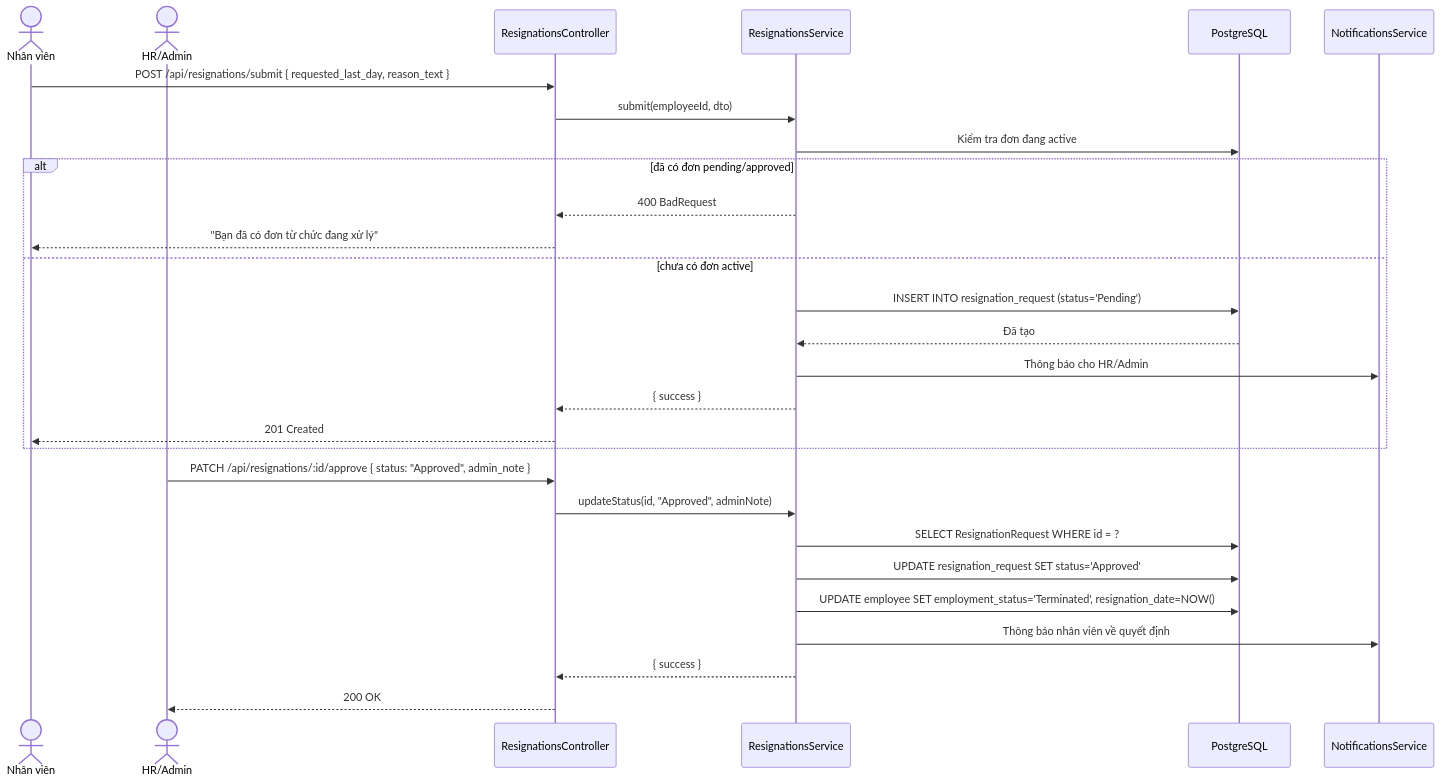
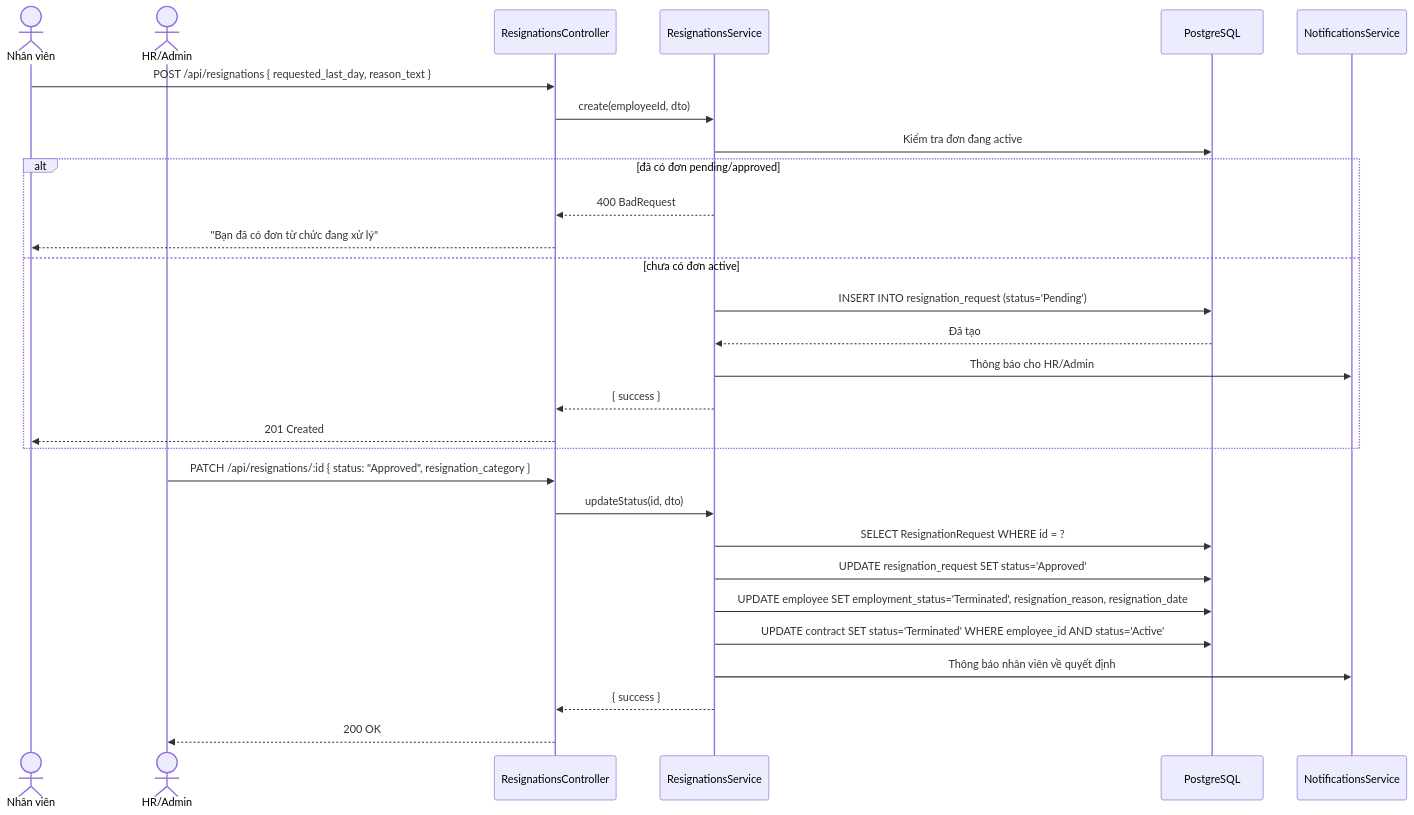
The seventh of 16 diagrams in docs/sequence-diagrams.md (Luo-Zhii/HRM-Gene), drawn with Mermaid before and after one commit. The commit also changed other lines of this file and 2 other files, not shown here.

````diff
--- a/docs/sequence-diagrams.md
+++ b/docs/sequence-diagrams.md
@@ -341,32 +341,33 @@
 ```mermaid
 sequenceDiagram
     actor E as Nhân viên
     actor H as HR/Admin
     participant RC as ResignationsController
     participant RS as ResignationsService
     participant DB as PostgreSQL
     participant NS as NotificationsService
 
-    E->>RC: POST /api/resignations/submit { requested_last_day, reason_text }
-    RC->>RS: submit(employeeId, dto)
+    E->>RC: POST /api/resignations { requested_last_day, reason_text }
+    RC->>RS: create(employeeId, dto)
     RS->>DB: Kiểm tra đơn đang active
     alt đã có đơn pending/approved
         RS-->>RC: 400 BadRequest
         RC-->>E: "Bạn đã có đơn từ chức đang xử lý"
     else chưa có đơn active
         RS->>DB: INSERT INTO resignation_request (status='Pending')
         DB-->>RS: Đã tạo
         RS->>NS: Thông báo cho HR/Admin
         RS-->>RC: { success }
         RC-->>E: 201 Created
     end
 
-    H->>RC: PATCH /api/resignations/:id/approve { status: "Approved", admin_note }
-    RC->>RS: updateStatus(id, "Approved", adminNote)
+    H->>RC: PATCH /api/resignations/:id { status: "Approved", resignation_category }
+    RC->>RS: updateStatus(id, dto)
     RS->>DB: SELECT ResignationRequest WHERE id = ?
     RS->>DB: UPDATE resignation_request SET status='Approved'
-    RS->>DB: UPDATE employee SET employment_status='Terminated', resignation_date=NOW()
+    RS->>DB: UPDATE employee SET employment_status='Terminated', resignation_reason, resignation_date
+    RS->>DB: UPDATE contract SET status='Terminated' WHERE employee_id AND status='Active'
     RS->>NS: Thông báo nhân viên về quyết định
     RS-->>RC: { success }
     RC-->>H: 200 OK
 ```
````
